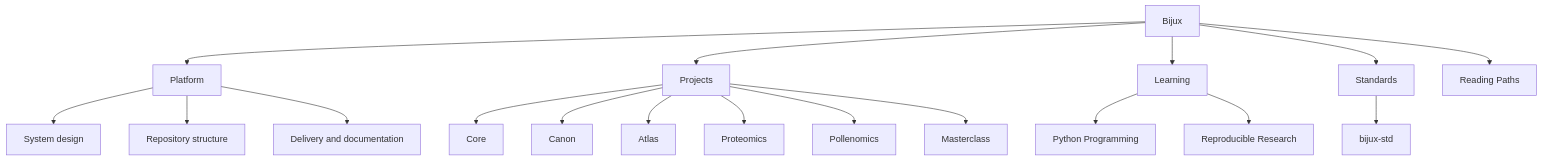
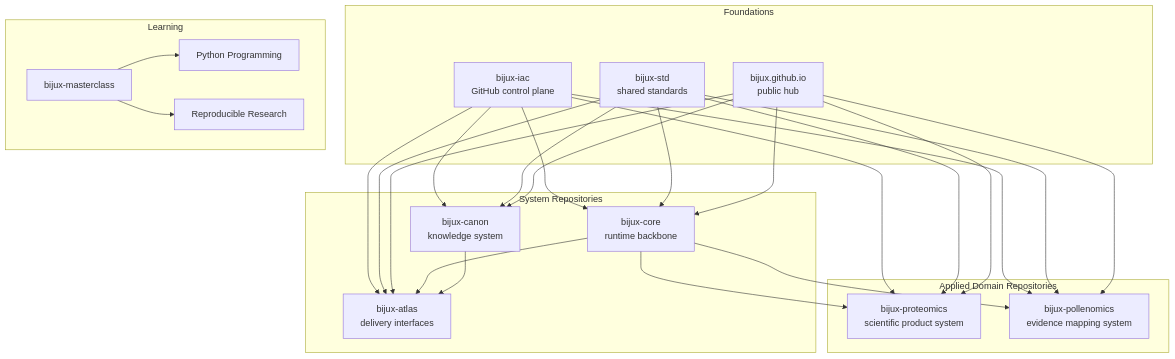
Before and after one commit to bijux/bijux.github.io: the first of 2 diagrams in docs/index.md, drawn with Mermaid. The commit also changed other lines of this file, not shown here.

Commit message:
docs(home): redraw system-family overview

````diff
--- a/docs/index.md
+++ b/docs/index.md
@@ -93,24 +97,47 @@
 ```mermaid
 graph TD
-    bijux["Bijux"] --> platform["Platform"]
-    bijux --> projects["Projects"]
-    bijux --> learning["Learning"]
-    bijux --> standards["Standards"]
-    bijux --> paths["Reading Paths"]
+    subgraph foundations["Foundations"]
+        iac["bijux-iac<br/>GitHub control plane"]
+        std["bijux-std<br/>shared standards"]
+        hub["bijux.github.io<br/>public hub"]
+    end
 
-    platform --> platform_design["System design"]
-    platform --> platform_structure["Repository structure"]
-    platform --> platform_delivery["Delivery and documentation"]
+    subgraph systems["System Repositories"]
+        core["bijux-core<br/>runtime backbone"]
+        canon["bijux-canon<br/>knowledge system"]
+        atlas["bijux-atlas<br/>delivery interfaces"]
+    end
 
-    projects --> core["Core"]
-    projects --> canon["Canon"]
-    projects --> atlas["Atlas"]
-    projects --> proteomics["Proteomics"]
-    projects --> pollenomics["Pollenomics"]
-    projects --> masterclass["Masterclass"]
+    subgraph domains["Applied Domain Repositories"]
+        proteomics["bijux-proteomics<br/>scientific product system"]
+        pollenomics["bijux-pollenomics<br/>evidence mapping system"]
+    end
 
-    learning --> python["Python Programming"]
-    learning --> reproducible["Reproducible Research"]
+    subgraph learning["Learning"]
+        masterclass["bijux-masterclass"]
+        python["Python Programming"]
+        reproducible["Reproducible Research"]
+    end
 
-    standards --> std["bijux-std"]
+    iac --> core
+    iac --> canon
+    iac --> atlas
+    iac --> proteomics
+    iac --> pollenomics
+    std --> core
+    std --> canon
+    std --> atlas
+    std --> proteomics
+    std --> pollenomics
+    hub --> core
+    hub --> canon
+    hub --> atlas
+    hub --> proteomics
+    hub --> pollenomics
+    core --> atlas
+    canon --> atlas
+    core --> proteomics
+    core --> pollenomics
+    masterclass --> python
+    masterclass --> reproducible
 ```
````
